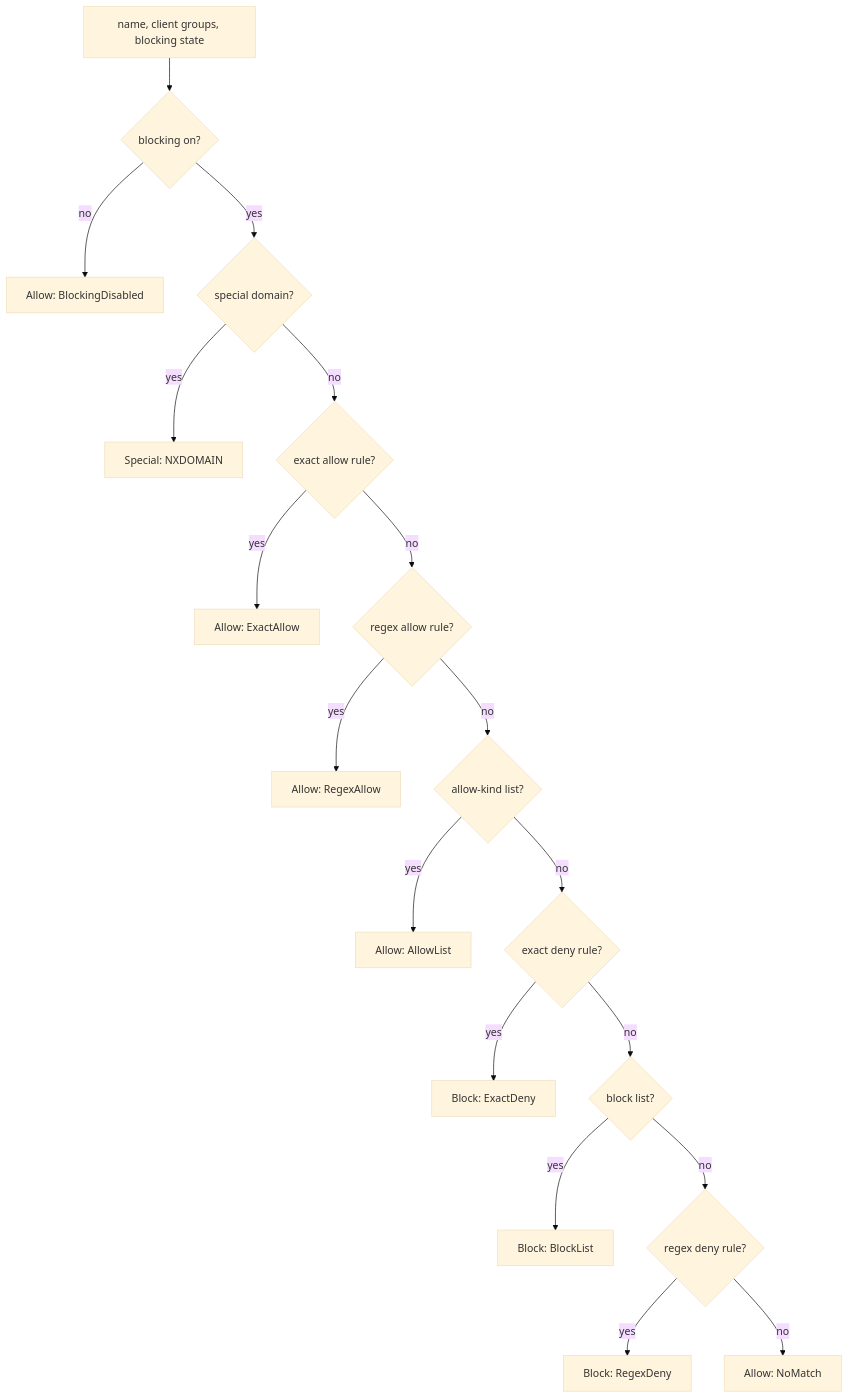
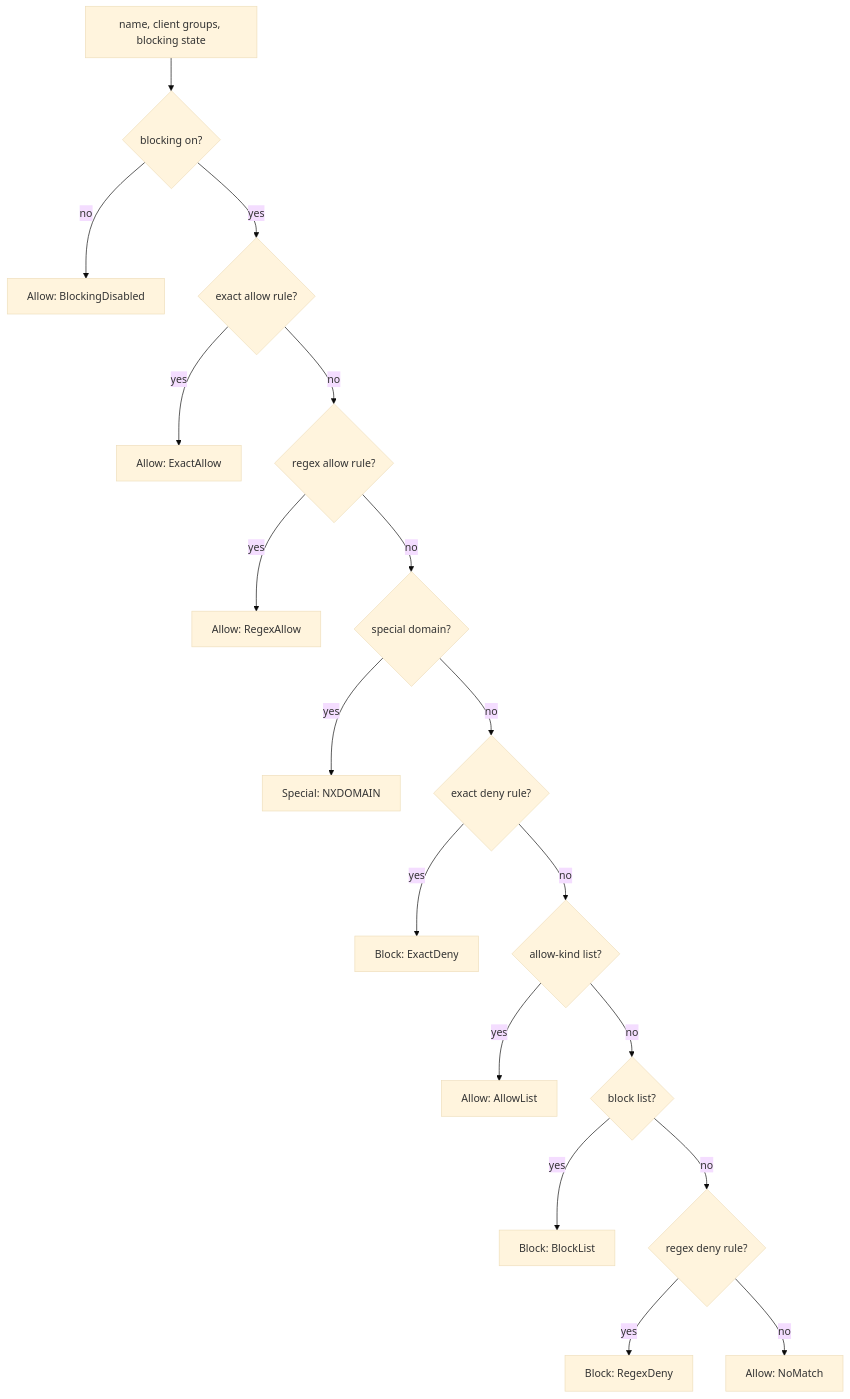
The second of 5 diagrams in docs/POLICY.md (Warchant/rusthole), drawn with Mermaid (base theme) before and after one commit. The commit also changed other lines of this file and 15 other files, not shown here.

First line of the commit message:
F2: Apply the Pi-hole CNAME rule and v6 decision order, import v6 modes, guard bad lists, look up local list hosts, fix a lost build

````diff
--- a/docs/POLICY.md
+++ b/docs/POLICY.md
@@ -28,20 +28,20 @@
 ```mermaid
 flowchart TD
     q[name, client groups, blocking state] --> s1{blocking on?}
     s1 -->|no| allow0[Allow: BlockingDisabled]
-    s1 -->|yes| s2{special domain?}
-    s2 -->|yes| special[Special: NXDOMAIN]
-    s2 -->|no| s3{exact allow rule?}
-    s3 -->|yes| allow1[Allow: ExactAllow]
-    s3 -->|no| s4{regex allow rule?}
-    s4 -->|yes| allow2[Allow: RegexAllow]
-    s4 -->|no| s5{allow-kind list?}
-    s5 -->|yes| allow3[Allow: AllowList]
-    s5 -->|no| s6{exact deny rule?}
-    s6 -->|yes| block1[Block: ExactDeny]
+    s1 -->|yes| s2{exact allow rule?}
+    s2 -->|yes| allow1[Allow: ExactAllow]
+    s2 -->|no| s3{regex allow rule?}
+    s3 -->|yes| allow2[Allow: RegexAllow]
+    s3 -->|no| s4{special domain?}
+    s4 -->|yes| special[Special: NXDOMAIN]
+    s4 -->|no| s5{exact deny rule?}
+    s5 -->|yes| block1[Block: ExactDeny]
+    s5 -->|no| s6{allow-kind list?}
+    s6 -->|yes| allow3[Allow: AllowList]
     s6 -->|no| s7{block list?}
     s7 -->|yes| block2[Block: BlockList]
     s7 -->|no| s8{regex deny rule?}
     s8 -->|yes| block3[Block: RegexDeny]
     s8 -->|no| allow4[Allow: NoMatch]
 ```
````
